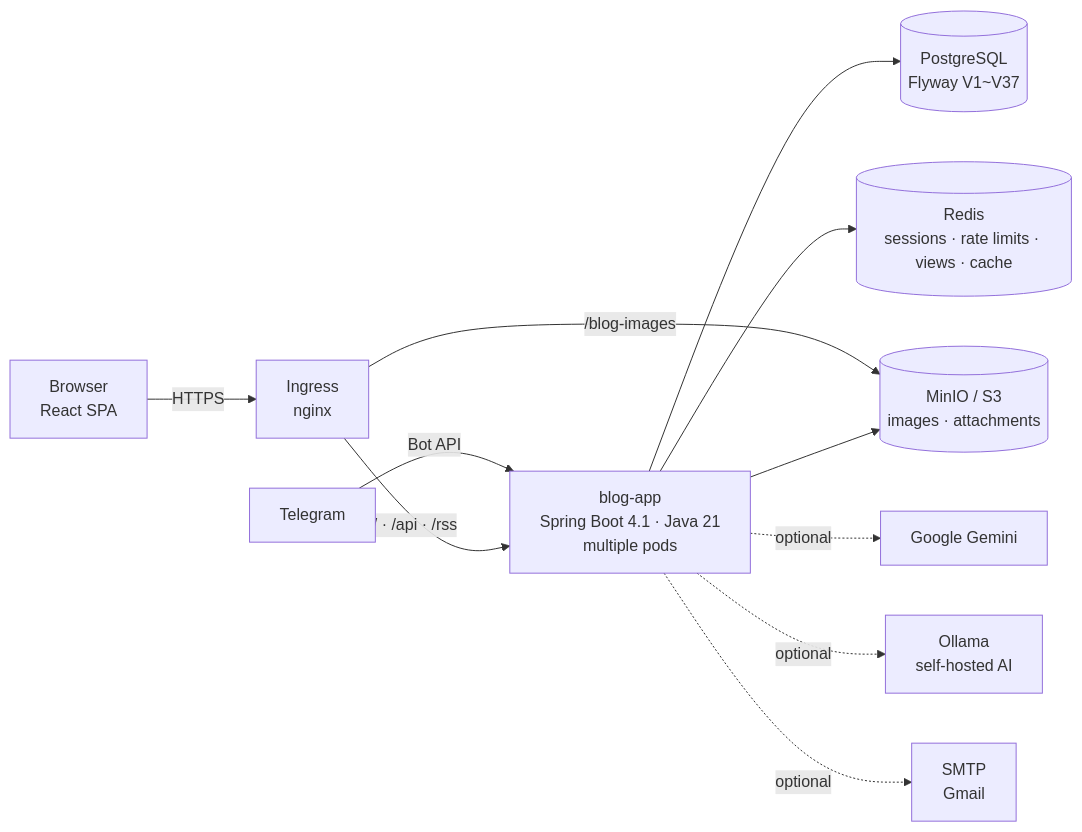
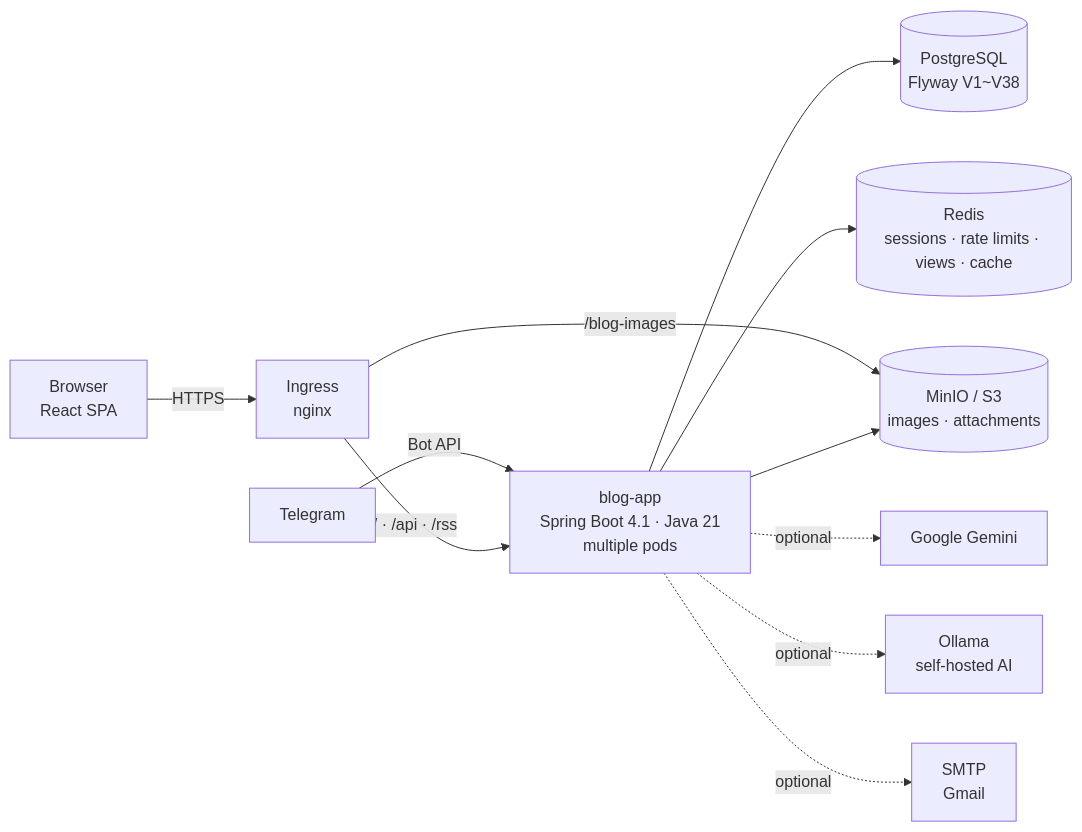
One commit to AIGJ-01-002-blog/devlog changed the first of 3 diagrams in README.en.md. Above: the diagram before and after it, drawn with Mermaid. The commit also changed other lines of this file and 19 other files, not shown here.

````diff
--- a/README.en.md
+++ b/README.en.md
@@ -151,13 +151,13 @@
 ```mermaid
 flowchart LR
     B[Browser<br/>React SPA] -->|HTTPS| I[Ingress<br/>nginx]
     T[Telegram] -->|Bot API| A
     I -->|/ · /api · /rss| A[blog-app<br/>Spring Boot 4.1 · Java 21<br/>multiple pods]
     I -->|/blog-images| M[(MinIO / S3<br/>images · attachments)]
-    A --> P[(PostgreSQL<br/>Flyway V1~V37)]
+    A --> P[(PostgreSQL<br/>Flyway V1~V38)]
     A --> R[(Redis<br/>sessions · rate limits · views · cache)]
     A --> M
     A -.optional.-> G[Google Gemini]
     A -.optional.-> O[Ollama<br/>self-hosted AI]
     A -.optional.-> S[SMTP<br/>Gmail]
 ```
````
